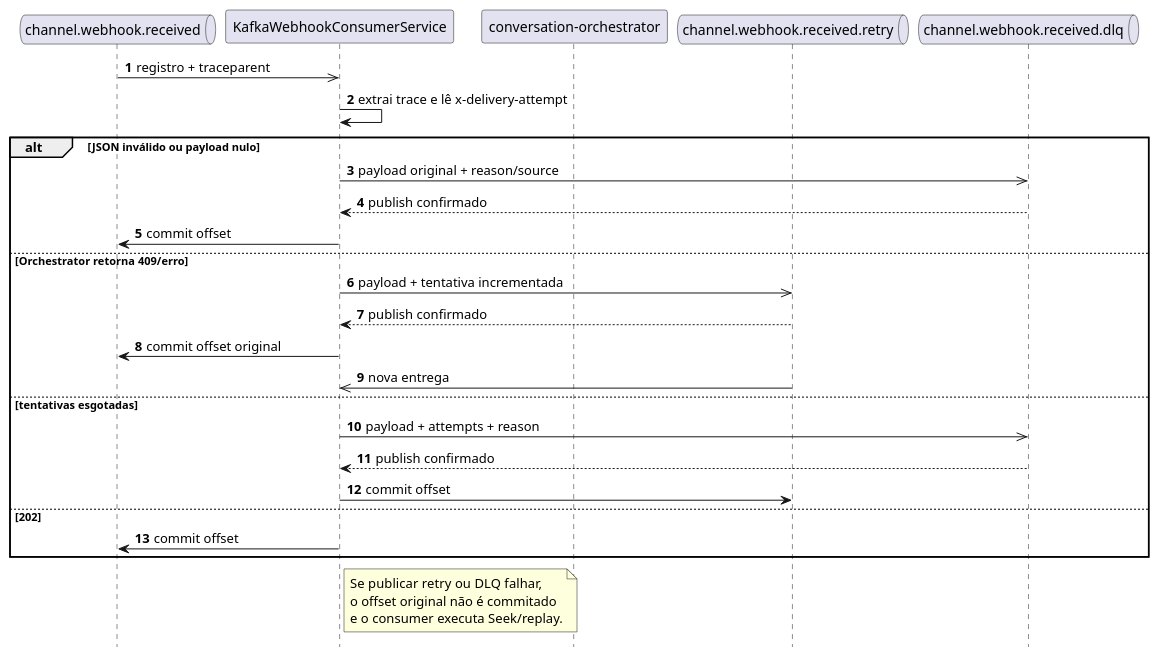
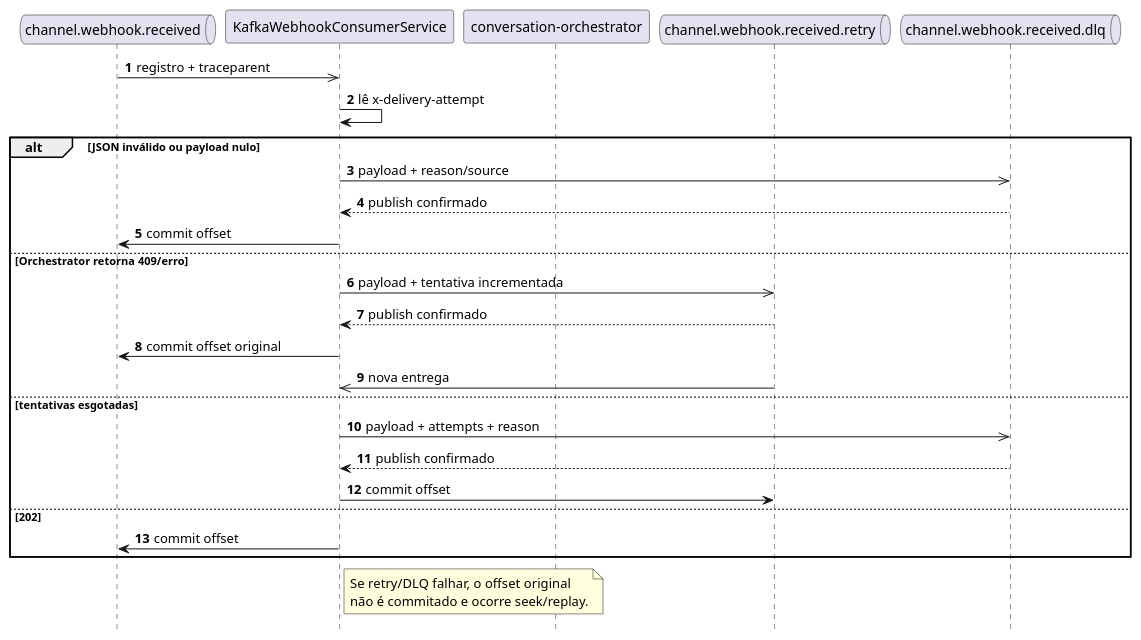
One commit to leandrosflora/conversational-ai-platform-architecture changed the fourth of 5 diagrams in docs/architecture/sequence-diagrams.md. Above: the diagram before and after it, drawn with PlantUML. The commit also changed other lines of this file, not shown here.

````diff
--- a/docs/architecture/sequence-diagrams.md
+++ b/docs/architecture/sequence-diagrams.md
@@ -168,38 +172,37 @@
 ```plantuml
 @startuml
 hide footbox
 autonumber
 
 queue "channel.webhook.received" as Input
 participant "KafkaWebhookConsumerService" as Consumer
 participant "conversation-orchestrator" as Orch
 queue "channel.webhook.received.retry" as Retry
 queue "channel.webhook.received.dlq" as DLQ
 
 Input ->> Consumer: registro + traceparent
-Consumer -> Consumer: extrai trace e lê x-delivery-attempt
+Consumer -> Consumer: lê x-delivery-attempt
 
 alt JSON inválido ou payload nulo
-  Consumer ->> DLQ: payload original + reason/source
+  Consumer ->> DLQ: payload + reason/source
   DLQ --> Consumer: publish confirmado
   Consumer -> Input: commit offset
 else Orchestrator retorna 409/erro
   Consumer ->> Retry: payload + tentativa incrementada
   Retry --> Consumer: publish confirmado
   Consumer -> Input: commit offset original
   Retry ->> Consumer: nova entrega
 else tentativas esgotadas
   Consumer ->> DLQ: payload + attempts + reason
   DLQ --> Consumer: publish confirmado
   Consumer -> Retry: commit offset
 else 202
   Consumer -> Input: commit offset
 end
 
 note right of Consumer
-Se publicar retry ou DLQ falhar,
-o offset original não é commitado
-e o consumer executa Seek/replay.
+Se retry/DLQ falhar, o offset original
+não é commitado e ocorre seek/replay.
 end note
 @enduml
 ```
````
